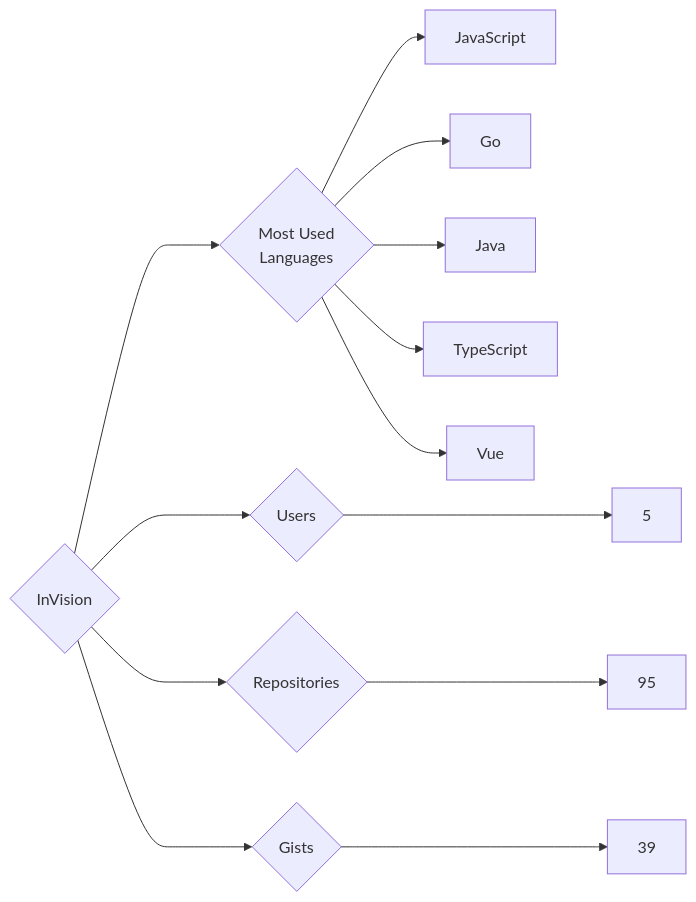
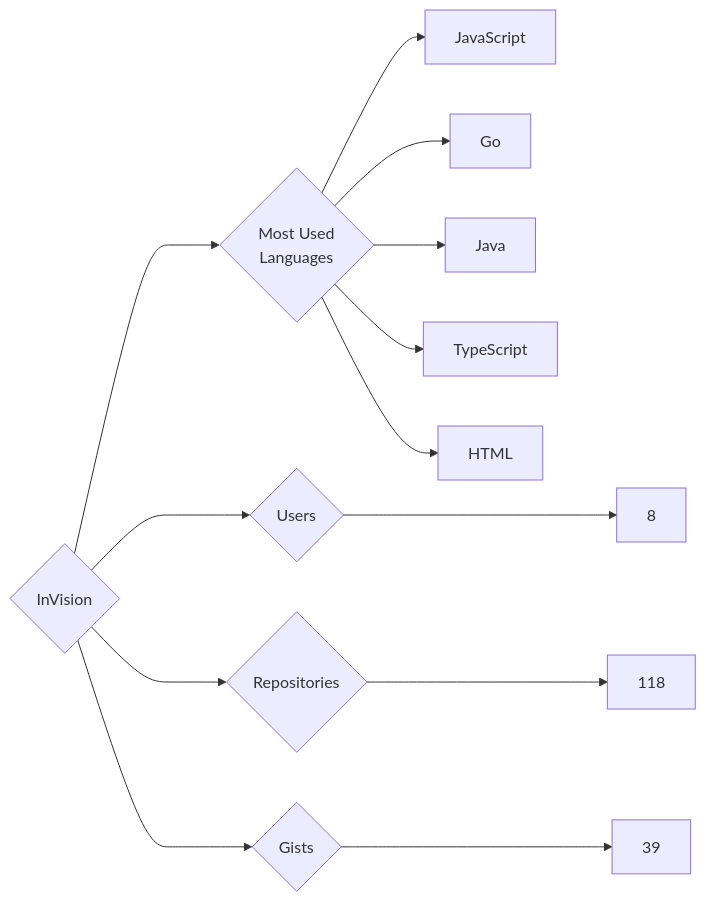
The diagram in targets/InVision/README.md (trickest/insiders), drawn with Mermaid before and after one commit. The commit also changed 916 other files, not shown here.

````diff
--- a/targets/InVision/README.md
+++ b/targets/InVision/README.md
@@ -3,13 +3,13 @@
 ```mermaid
 graph LR
 COMPANY_NAME{InVision}
-COMPANY_NAME ---> U{Users} ---> UN[5]
-COMPANY_NAME ---> R{Repositories} ---> RN[95]
+COMPANY_NAME ---> U{Users} ---> UN[8]
+COMPANY_NAME ---> R{Repositories} ---> RN[118]
 COMPANY_NAME ---> G{Gists} ---> GN[39]
 COMPANY_NAME ---> ML{Most Used<br>Languages}
 ML --> JavaScript[JavaScript]
 ML --> Go[Go]
 ML --> Java[Java]
 ML --> TypeScript[TypeScript]
-ML --> Vue[Vue]
+ML --> HTML[HTML]
 ```
````
